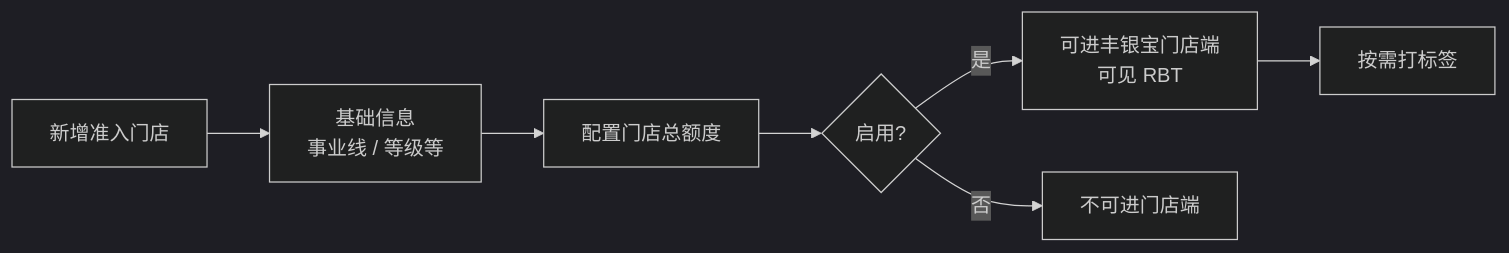
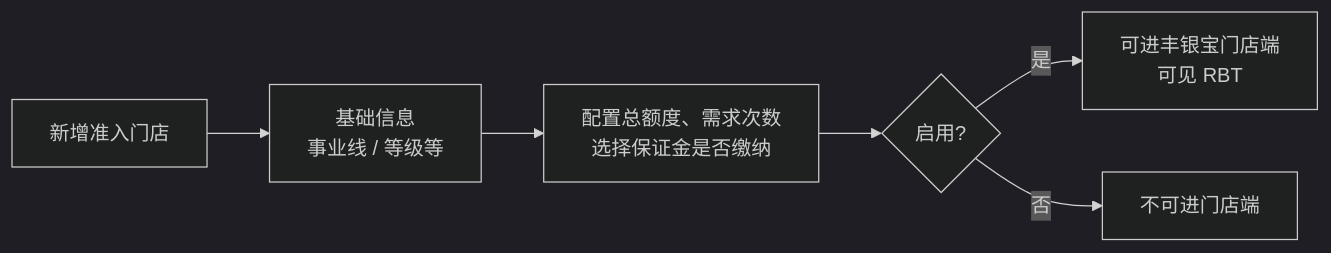
Before and after one commit to 342-droid/LFerp: the second of 8 diagrams in RBT/docs/1-整体业务流程图.md, drawn with Mermaid (dark theme). The commit also changed other lines of this file and 42 other files, not shown here.

````diff
--- a/RBT/docs/1-整体业务流程图.md
+++ b/RBT/docs/1-整体业务流程图.md
@@ -78,9 +87,8 @@
 ```mermaid
 flowchart LR
   S0[新增准入门店] --> S1[基础信息<br/>事业线 / 等级等]
-  S1 --> S2[配置门店总额度]
+  S1 --> S2[配置总额度、需求次数<br/>选择保证金是否缴纳]
   S2 --> S3{启用?}
   S3 -->|是| S4[可进丰银宝门店端<br/>可见 RBT]
   S3 -->|否| S5[不可进门店端]
-  S4 --> S6[按需打标签]
 ```
````
